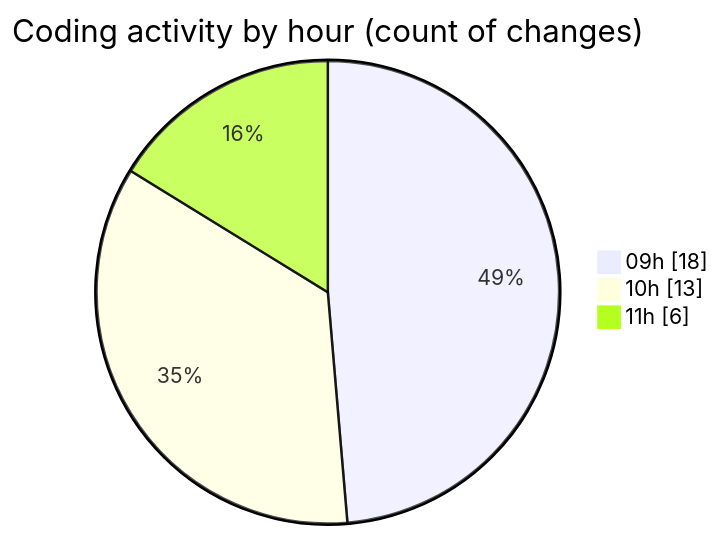
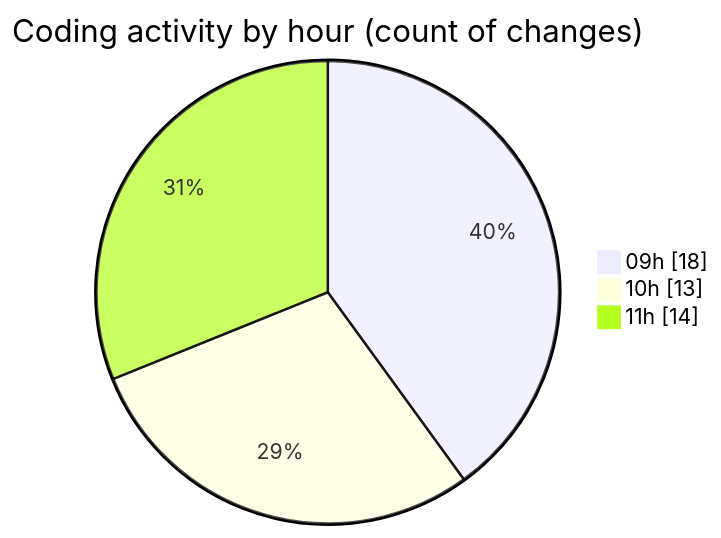
One commit to momahboobian/code-tracking changed the second of 2 diagrams in 2026-08-12/cda/README.md. Above: the diagram before and after it, drawn with Mermaid. The commit also changed other lines of this file and 1 other file, not shown here.

````diff
--- a/2026-08-12/cda/README.md
+++ b/2026-08-12/cda/README.md
@@ -51,7 +51,7 @@
 ```mermaid
 pie showData
 title Coding activity by hour (count of changes)
 "09h" : 18
 "10h" : 13
-"11h" : 6
+"11h" : 14
 ```
````
